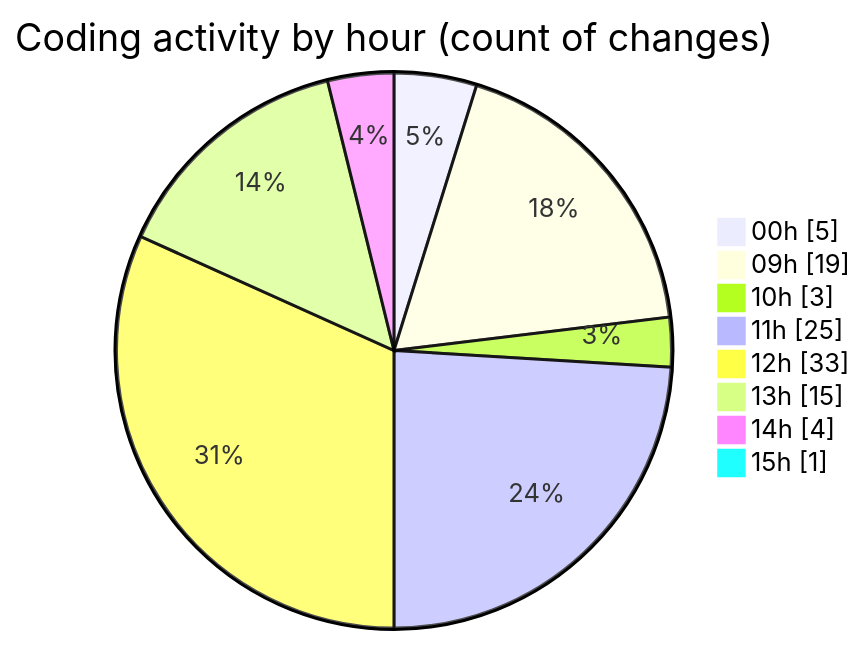
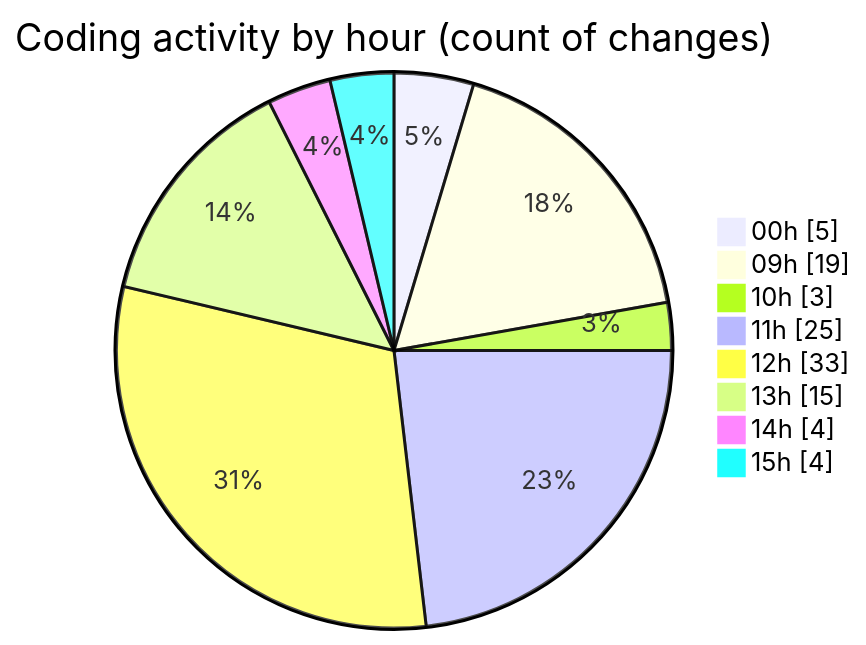
The second of 2 diagrams in 2025-11-19/eventscop-frontend-guide__workspace_/README.md (julien-gomy/code-tracking), drawn with Mermaid before and after one commit. The commit also changed other lines of this file and 1 other file, not shown here.

````diff
--- a/2025-11-19/eventscop-frontend-guide__workspace_/README.md
+++ b/2025-11-19/eventscop-frontend-guide__workspace_/README.md
@@ -57,12 +58,12 @@
 ```mermaid
 pie showData
 title Coding activity by hour (count of changes)
 "00h" : 5
 "09h" : 19
 "10h" : 3
 "11h" : 25
 "12h" : 33
 "13h" : 15
 "14h" : 4
-"15h" : 1
+"15h" : 4
 ```
````
